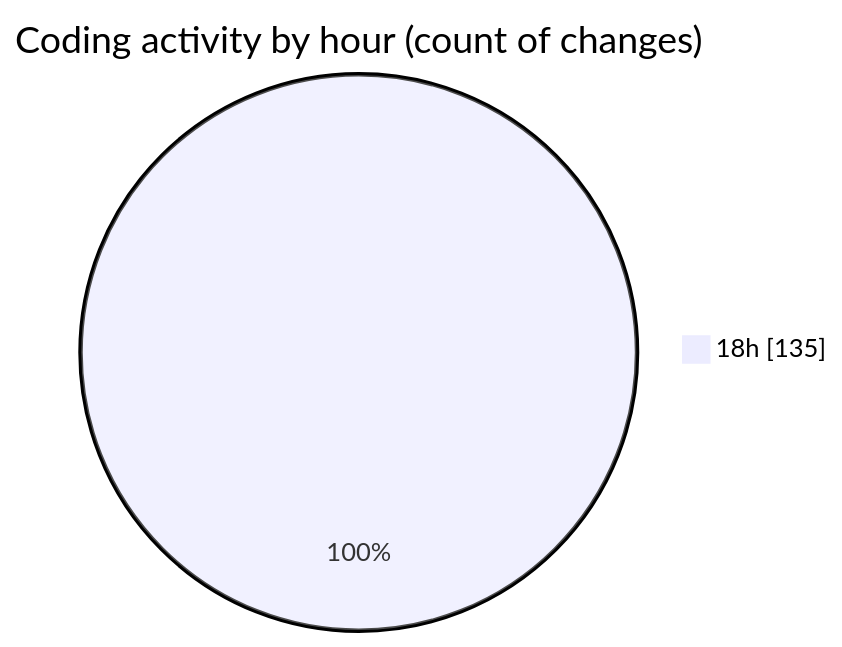
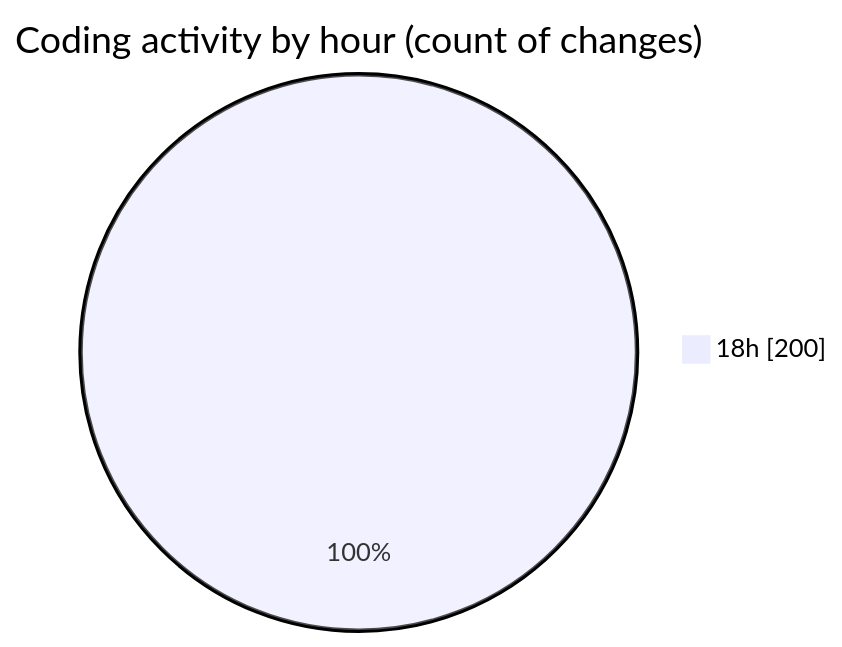
One commit to charlie-sans/code-tracking changed the second of 2 diagrams in 2025-02-23/konsole/README.md. Above: the diagram before and after it, drawn with Mermaid. The commit also changed other lines of this file and 1 other file, not shown here.

````diff
--- a/2025-02-23/konsole/README.md
+++ b/2025-02-23/konsole/README.md
@@ -35,5 +35,5 @@
 ```mermaid
 pie showData
 title Coding activity by hour (count of changes)
-"18h" : 135
+"18h" : 200
 ```
````
